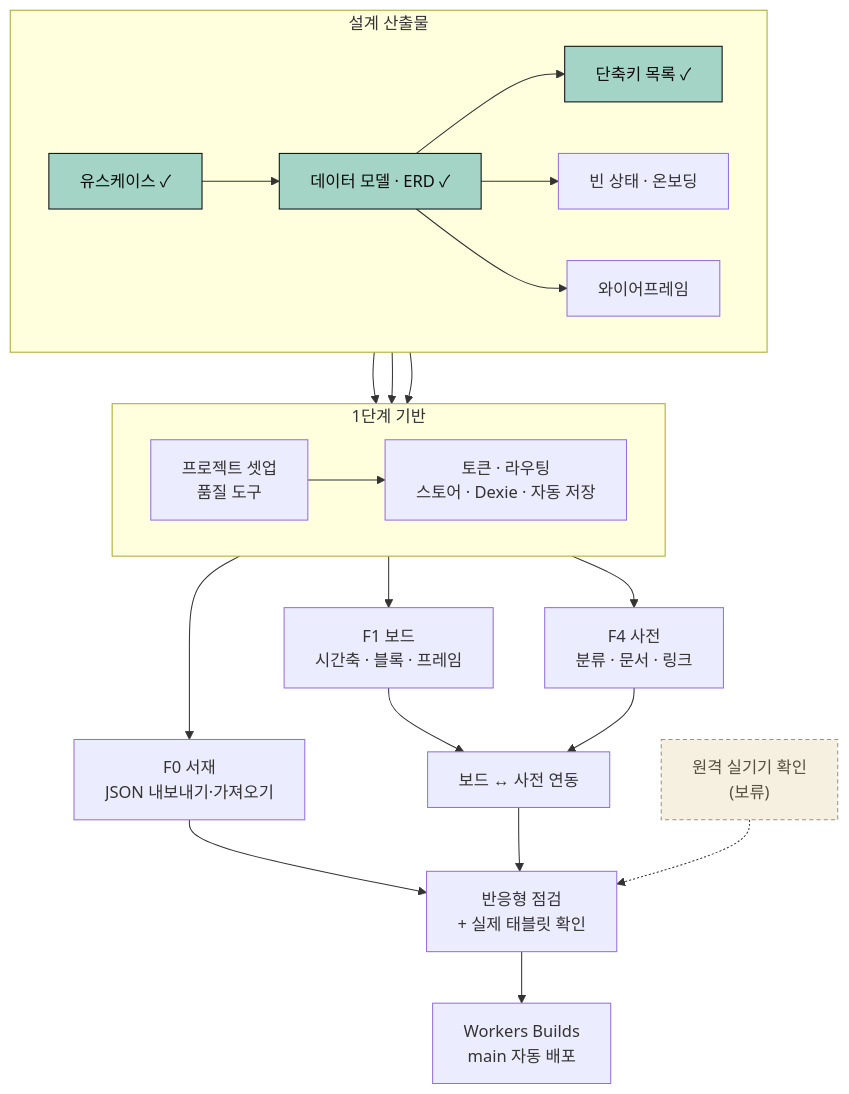
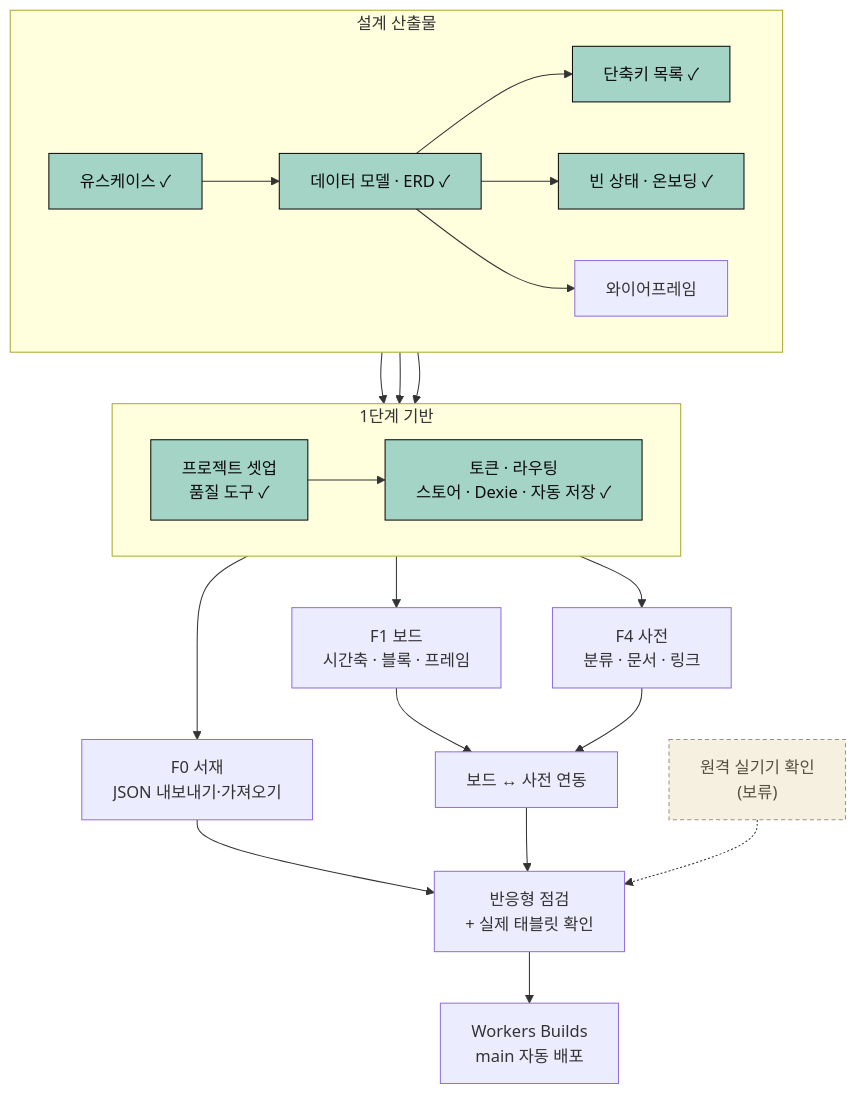
One commit to kty2001/NovelStory changed the diagram in docs/TODO.md. Above: the diagram before and after it, drawn with Mermaid. The commit also changed other lines of this file and 47 other files, not shown here.

````diff
--- a/docs/TODO.md
+++ b/docs/TODO.md
@@ -5,32 +5,32 @@
 ```mermaid
 %%{init: {"flowchart": {"wrappingWidth": 320}}}%%
 flowchart TB
     subgraph DESIGN["설계 산출물"]
         direction LR
         UC["유스케이스 ✓"]:::done --> DM["데이터 모델 · ERD ✓"]:::done
         DM --> SC["단축키 목록 ✓"]:::done
-        DM --> ON["빈 상태 · 온보딩"]
+        DM --> ON["빈 상태 · 온보딩 ✓"]:::done
         DM --> WF["와이어프레임"]
     end
 
     subgraph BASE["1단계 기반"]
         direction LR
-        SETUP["프로젝트 셋업<br/>품질 도구"] --> CORE["토큰 · 라우팅<br/>스토어 · Dexie · 자동 저장"]
+        SETUP["프로젝트 셋업<br/>품질 도구 ✓"]:::done --> CORE["토큰 · 라우팅<br/>스토어 · Dexie · 자동 저장 ✓"]:::done
     end
 
     SC --> SETUP
     ON --> SETUP
     WF --> SETUP
     CORE --> F0["F0 서재<br/>JSON 내보내기·가져오기"]
     CORE --> F1["F1 보드<br/>시간축 · 블록 · 프레임"]
     CORE --> F4["F4 사전<br/>분류 · 문서 · 링크"]
     F1 --> LINK["보드 ↔ 사전 연동"]
     F4 --> LINK
     F0 --> QA["반응형 점검<br/>+ 실제 태블릿 확인"]
     LINK --> QA
     REMOTE["원격 실기기 확인<br/>(보류)"]:::hold -.-> QA
     QA --> DEPLOY["Workers Builds<br/>main 자동 배포"]
 
     classDef done fill:#a4d4c5,stroke:#0a0a0a,color:#0a0a0a
     classDef hold fill:#f5f0e0,stroke:#9a9384,color:#55503f,stroke-dasharray:4 3
 ```
````
